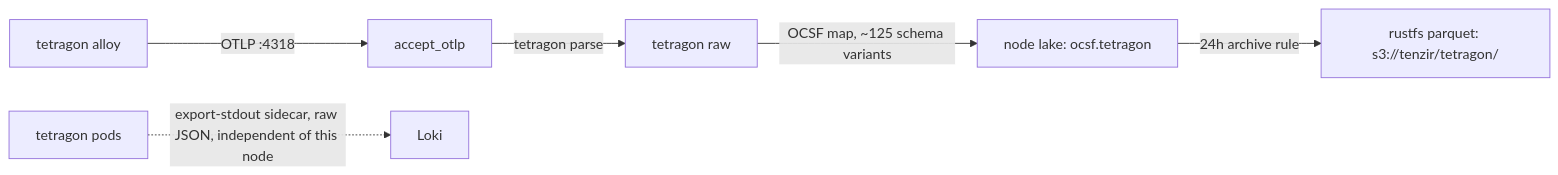
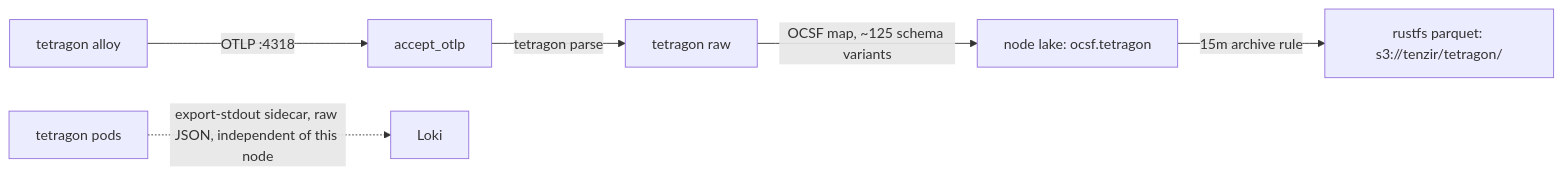
One commit to Apocrathia/homelab changed the diagram in flux/manifests/03-services/observability/tenzir/tetragon/README.md. Above: the diagram before and after it, drawn with Mermaid. The commit also changed other lines of this file and 5 other files, not shown here.

````diff
--- a/flux/manifests/03-services/observability/tenzir/tetragon/README.md
+++ b/flux/manifests/03-services/observability/tenzir/tetragon/README.md
@@ -26,8 +26,8 @@
 ```mermaid
 flowchart LR
     TT[tetragon alloy] -->|"OTLP :4318"| AO[accept_otlp]
     AO -->|"tetragon parse"| TR["tetragon raw"]
     TR -->|"OCSF map, ~125 schema variants"| LAKE["node lake: ocsf.tetragon"]
-    LAKE -->|"24h archive rule"| S3["rustfs parquet: s3://tenzir/tetragon/"]
+    LAKE -->|"15m archive rule"| S3["rustfs parquet: s3://tenzir/tetragon/"]
     TP["tetragon pods"] -.->|"export-stdout sidecar, raw JSON, independent of this node"| LOKI[Loki]
 ```
````
